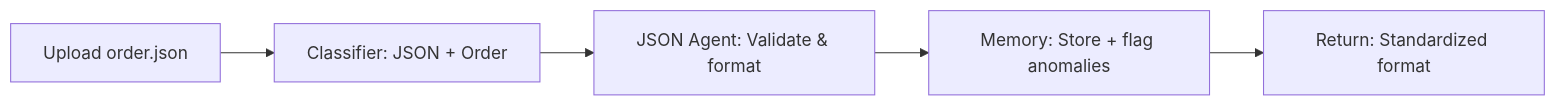
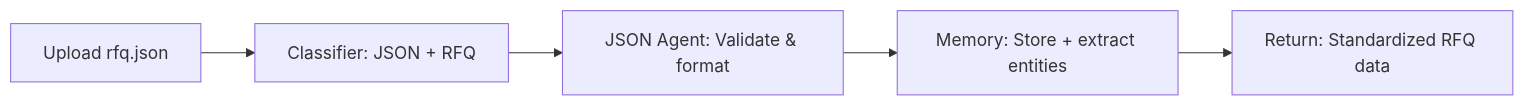
Before and after one commit to sanks011/Multi-Agent-AI-System: the third of 3 diagrams in README.md, drawn with Mermaid. The commit also changed other lines of this file and 7 other files, not shown here.

````diff
--- a/README.md
+++ b/README.md
@@ -172,7 +208,7 @@
 ```mermaid
 graph LR
-    A[Upload order.json] --> B[Classifier: JSON + Order]
+    A[Upload rfq.json] --> B[Classifier: JSON + RFQ]
     B --> C[JSON Agent: Validate & format]
-    C --> D[Memory: Store + flag anomalies]
-    D --> E[Return: Standardized format]
+    C --> D[Memory: Store + extract entities]
+    D --> E[Return: Standardized RFQ data]
 ```
````
